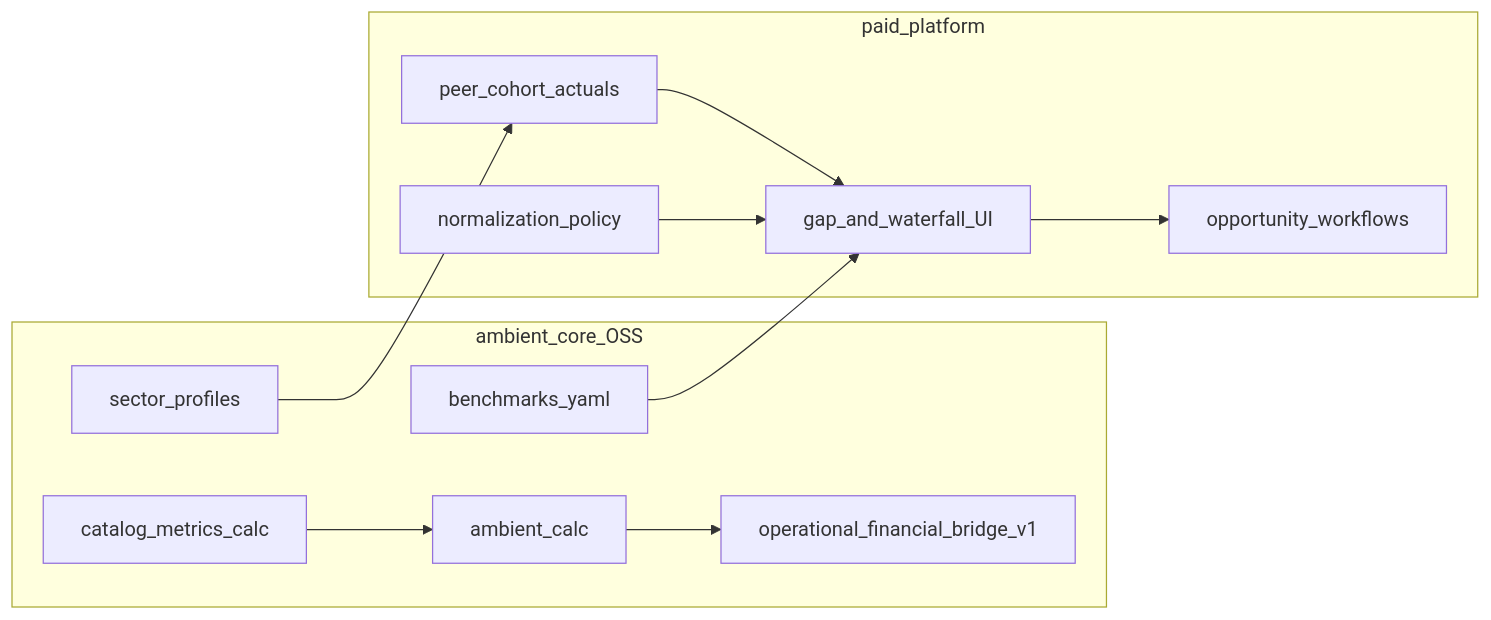
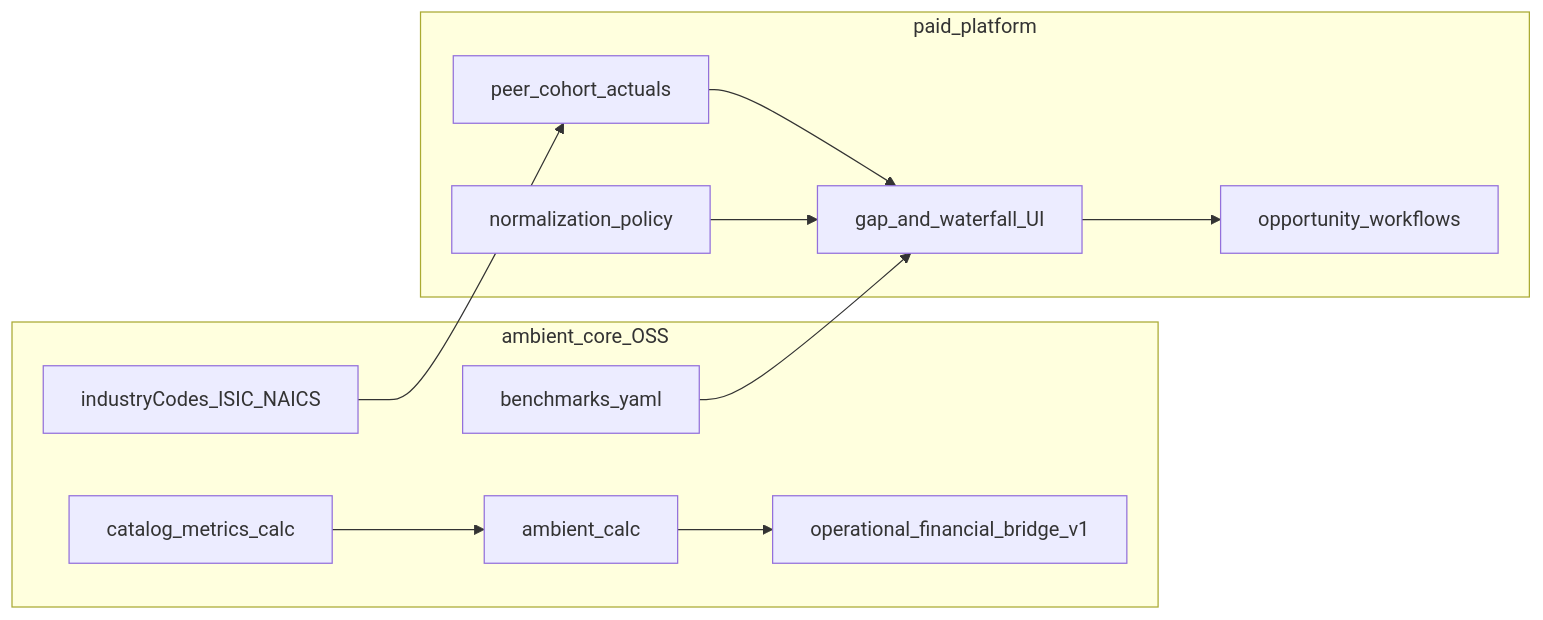
Before and after one commit to Ambient-Team/ambient-core: the diagram in docs/benchmarking-lifecycle.md, drawn with Mermaid. The commit also changed other lines of this file and 196 other files, not shown here.

````diff
--- a/docs/benchmarking-lifecycle.md
+++ b/docs/benchmarking-lifecycle.md
@@ -9,23 +9,23 @@
 ```mermaid
 flowchart LR
   subgraph core [ambient_core_OSS]
     Catalog[catalog_metrics_calc]
     Bench[benchmarks_yaml]
-    Profiles[sector_profiles]
+    Codes[industryCodes_ISIC_NAICS]
     Calc[ambient_calc]
     BridgeContract[operational_financial_bridge_v1]
   end
   subgraph platform [paid_platform]
     Peers[peer_cohort_actuals]
     Norm[normalization_policy]
     Gap[gap_and_waterfall_UI]
     Improve[opportunity_workflows]
   end
   Catalog --> Calc
   Bench --> Gap
-  Profiles --> Peers
+  Codes --> Peers
   Calc --> BridgeContract
   Peers --> Gap
   Norm --> Gap
   Gap --> Improve
 ```
````
